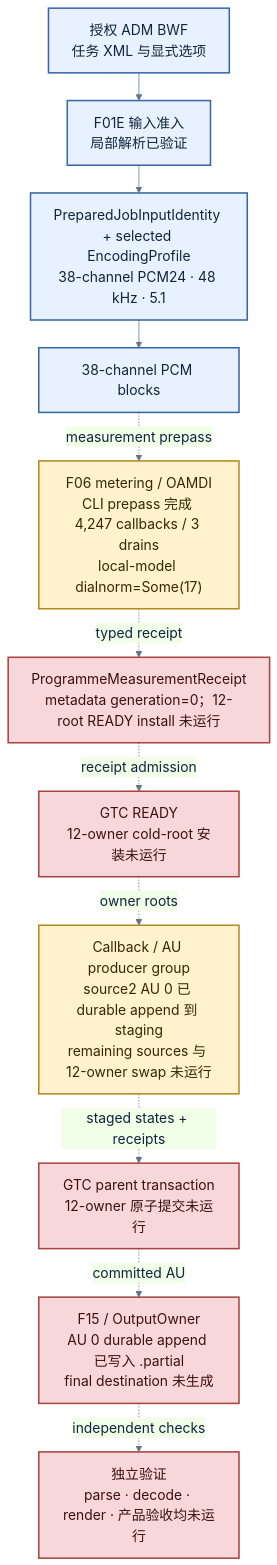
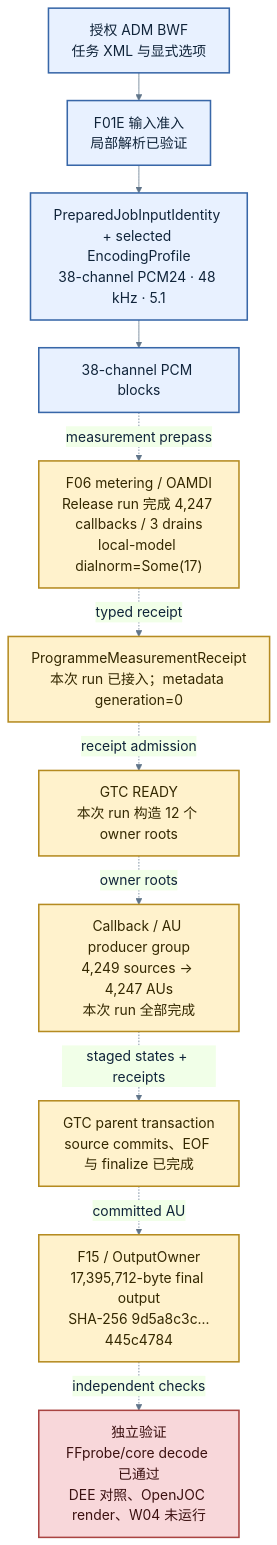
Before and after one commit to chyinan/JOCForge: the diagram in docs/architecture/adm-to-eac3joc-chain-status.md, drawn with Mermaid. The commit also changed other lines of this file, not shown here.

Commit message:
docs(audio): record current Rust PCM run

````diff
--- a/docs/architecture/adm-to-eac3joc-chain-status.md
+++ b/docs/architecture/adm-to-eac3joc-chain-status.md
@@ -117,31 +136,31 @@
 ```mermaid
 %%{init: {"theme": "base", "themeVariables": {"fontFamily": "Segoe UI, Microsoft YaHei, sans-serif", "fontSize": "18px", "primaryColor": "#e8f1ff", "primaryTextColor": "#10243a", "lineColor": "#60758a"}, "flowchart": {"nodeSpacing": 28, "rankSpacing": 36, "htmlLabels": true}}}%%
 flowchart TB
   INPUT["授权 ADM BWF<br/>任务 XML 与显式选项"]
   ADMIT["F01E 输入准入<br/>局部解析已验证"]
   PROFILE["PreparedJobInputIdentity + selected EncodingProfile<br/>38-channel PCM24 · 48 kHz · 5.1"]
   PCM["38-channel PCM blocks"]
-  METER["F06 metering / OAMDI<br/>CLI prepass 完成 4,247 callbacks / 3 drains<br/>local-model dialnorm=Some(17)"]
-  MEASUREMENT["ProgrammeMeasurementReceipt<br/>metadata generation=0；12-root READY install 未运行"]
-  READY["GTC READY<br/>12-owner cold-root 安装未运行"]
-  PRODUCERS["Callback / AU producer group<br/>source2 AU 0 已 durable append 到 staging<br/>remaining sources 与 12-owner swap 未运行"]
-  TRANSACTION["GTC parent transaction<br/>12-owner 原子提交未运行"]
-  OUTPUT["F15 / OutputOwner<br/>AU 0 durable append 已写入 .partial<br/>final destination 未生成"]
-  VALIDATE["独立验证<br/>parse · decode · render · 产品验收均未运行"]
+  METER["F06 metering / OAMDI<br/>Release run 完成 4,247 callbacks / 3 drains<br/>local-model dialnorm=Some(17)"]
+  MEASUREMENT["ProgrammeMeasurementReceipt<br/>本次 run 已接入；metadata generation=0"]
+  READY["GTC READY<br/>本次 run 构造 12 个 owner roots"]
+  PRODUCERS["Callback / AU producer group<br/>4,249 sources → 4,247 AUs<br/>本次 run 全部完成"]
+  TRANSACTION["GTC parent transaction<br/>source commits、EOF 与 finalize 已完成"]
+  OUTPUT["F15 / OutputOwner<br/>17,395,712-byte final output<br/>SHA-256 9d5a8c3c…445c4784"]
+  VALIDATE["独立验证<br/>FFprobe/core decode 已通过<br/>DEE 对照、OpenJOC render、W04 未运行"]
 
   INPUT --> ADMIT --> PROFILE --> PCM
   PCM -. "measurement prepass" .-> METER
   METER -. "typed receipt" .-> MEASUREMENT
   MEASUREMENT -. "receipt admission" .-> READY
   READY -. "owner roots" .-> PRODUCERS
   PRODUCERS -. "staged states + receipts" .-> TRANSACTION
   TRANSACTION -. "committed AU" .-> OUTPUT
   OUTPUT -. "independent checks" .-> VALIDATE
 
   classDef contract fill:#e8f1ff,stroke:#3867a8,color:#10243a,stroke-width:2px;
   classDef partial fill:#fff2cc,stroke:#b58b21,color:#342800,stroke-width:2px;
   classDef missing fill:#f8d7da,stroke:#a94442,color:#3b1010,stroke-width:2px;
   class INPUT,ADMIT,PROFILE,PCM contract;
-  class METER,PRODUCERS partial;
-  class MEASUREMENT,READY,TRANSACTION,OUTPUT,VALIDATE missing;
+  class METER,MEASUREMENT,READY,PRODUCERS,TRANSACTION,OUTPUT partial;
+  class VALIDATE missing;
 ```
````
